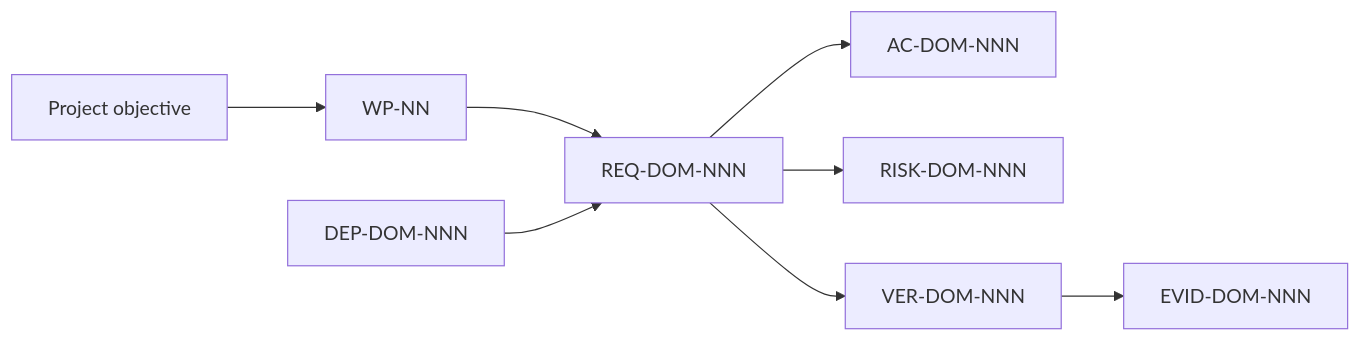
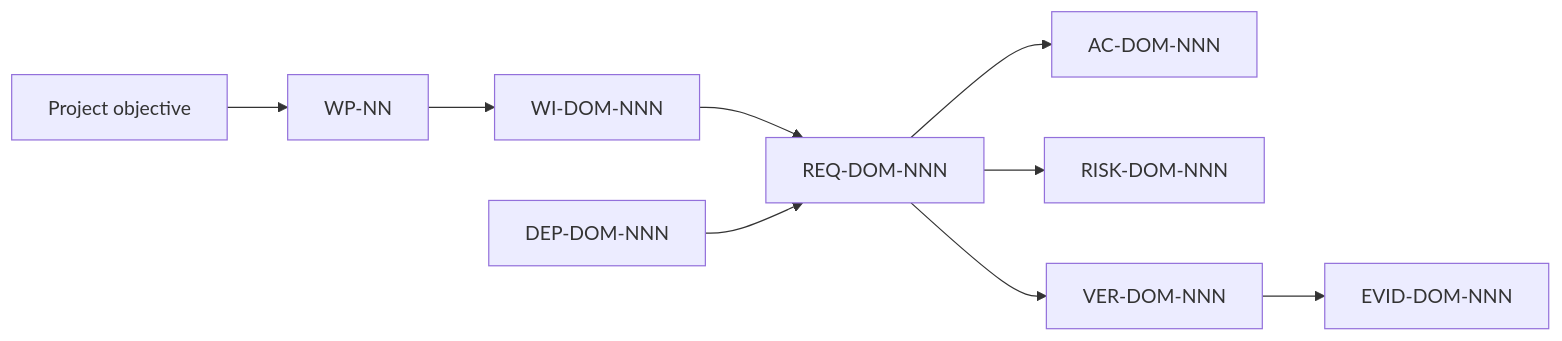
Before and after one commit to ORCHORDS-LCC/OAI-2.0: the diagram in docs/agent-architecture/ENGINEERING_ISSUE_STANDARD.md, drawn with Mermaid. The commit also changed other lines of this file, not shown here.

Commit message:
docs: add traceable work-item nomenclature

````diff
--- a/docs/agent-architecture/ENGINEERING_ISSUE_STANDARD.md
+++ b/docs/agent-architecture/ENGINEERING_ISSUE_STANDARD.md
@@ -148,10 +149,11 @@
 ```mermaid
 flowchart LR
     OBJ[Project objective] --> WP[WP-NN]
-    WP --> REQ[REQ-DOM-NNN]
+    WP --> WI[WI-DOM-NNN]
+    WI --> REQ[REQ-DOM-NNN]
     REQ --> AC[AC-DOM-NNN]
     REQ --> RISK[RISK-DOM-NNN]
     REQ --> VER[VER-DOM-NNN]
     VER --> EVID[EVID-DOM-NNN]
     DEP[DEP-DOM-NNN] --> REQ
 ```
````
